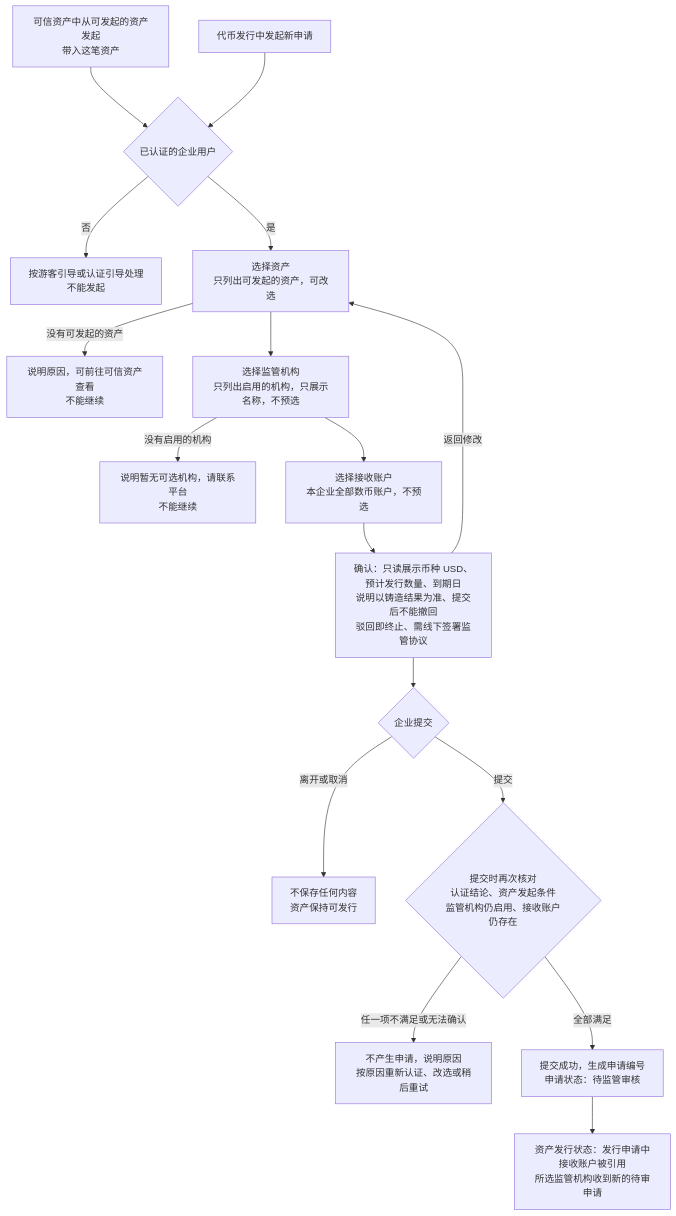
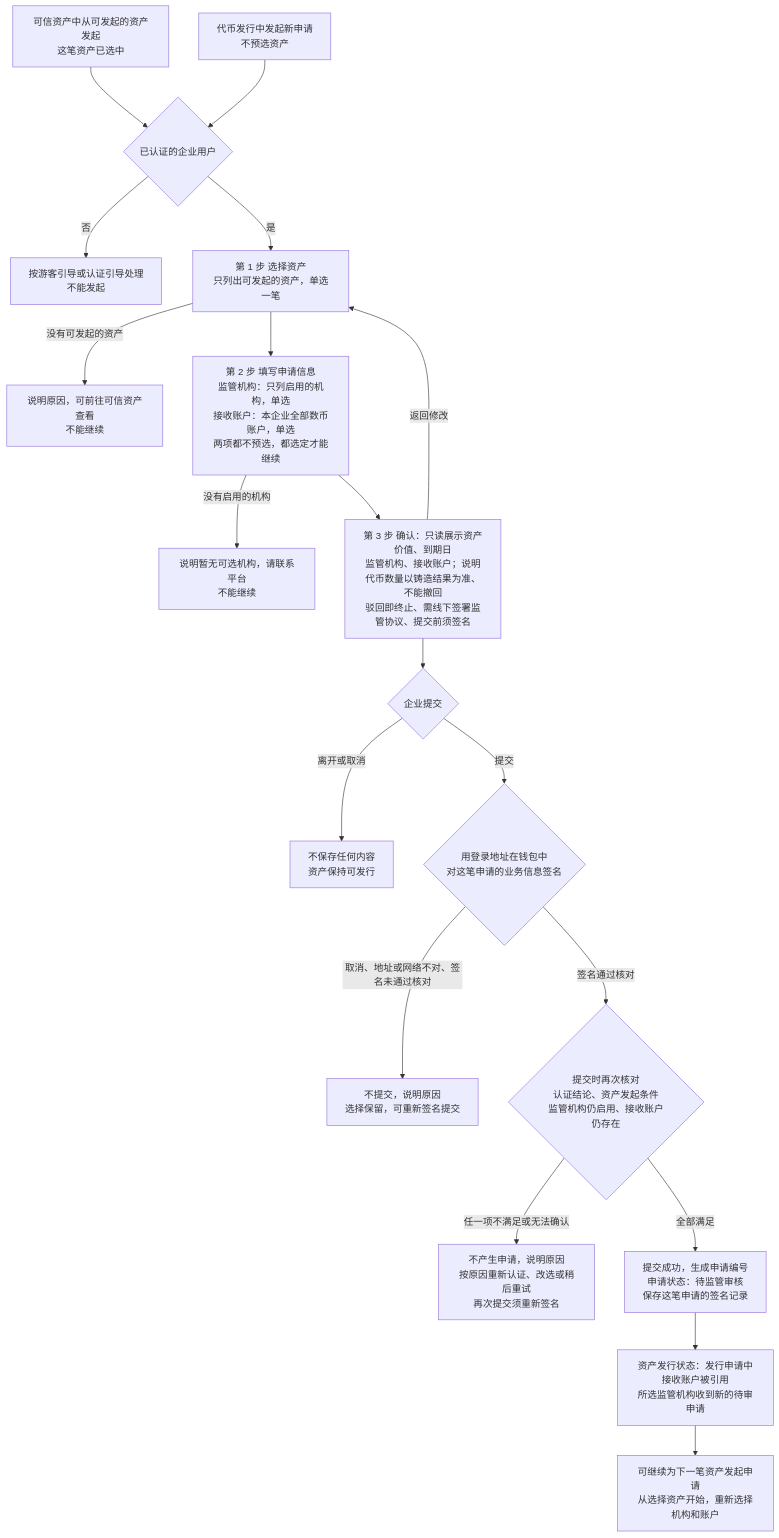
Before and after one commit to wxblockchain/Chain-Financing: the first of 3 diagrams in token-issuance-platform/PRD/面客端/M3a-代币发行-企业申请/02-代币发行-企业申请-流程图与状态机.md, drawn with Mermaid. The commit also changed other lines of this file and 3 other files, not shown here.

````diff
--- a/token-issuance-platform/PRD/面客端/M3a-代币发行-企业申请/02-代币发行-企业申请-流程图与状态机.md
+++ b/token-issuance-platform/PRD/面客端/M3a-代币发行-企业申请/02-代币发行-企业申请-流程图与状态机.md
@@ -16,20 +16,22 @@
 ```mermaid
 flowchart TD
-    A1[可信资产中从可发起的资产发起<br/>带入这笔资产] --> B
-    A2[代币发行中发起新申请] --> B
+    A1[可信资产中从可发起的资产发起<br/>这笔资产已选中] --> B
+    A2[代币发行中发起新申请<br/>不预选资产] --> B
     B{已认证的企业用户}
     B -->|否| B1[按游客引导或认证引导处理<br/>不能发起]
-    B -->|是| C[选择资产<br/>只列出可发起的资产，可改选]
+    B -->|是| C[第 1 步 选择资产<br/>只列出可发起的资产，单选一笔]
     C -->|没有可发起的资产| C1[说明原因，可前往可信资产查看<br/>不能继续]
-    C --> D[选择监管机构<br/>只列出启用的机构，只展示名称，不预选]
+    C --> D[第 2 步 填写申请信息<br/>监管机构：只列启用的机构，单选<br/>接收账户：本企业全部数币账户，单选<br/>两项都不预选，都选定才能继续]
     D -->|没有启用的机构| D1[说明暂无可选机构，请联系平台<br/>不能继续]
-    D --> E[选择接收账户<br/>本企业全部数币账户，不预选]
-    E --> F[确认：只读展示币种 USD、预计发行数量、到期日<br/>说明以铸造结果为准、提交后不能撤回<br/>驳回即终止、需线下签署监管协议]
+    D --> F[第 3 步 确认：只读展示资产价值、到期日<br/>监管机构、接收账户；说明代币数量以铸造结果为准、不能撤回<br/>驳回即终止、需线下签署监管协议、提交前须签名]
     F -->|返回修改| C
     F --> G{企业提交}
     G -->|离开或取消| G1[不保存任何内容<br/>资产保持可发行]
-    G -->|提交| H{提交时再次核对<br/>认证结论、资产发起条件<br/>监管机构仍启用、接收账户仍存在}
-    H -->|任一项不满足或无法确认| H1[不产生申请，说明原因<br/>按原因重新认证、改选或稍后重试]
-    H -->|全部满足| I[提交成功，生成申请编号<br/>申请状态：待监管审核]
+    G -->|提交| S{用登录地址在钱包中<br/>对这笔申请的业务信息签名}
+    S -->|取消、地址或网络不对、签名未通过核对| S1[不提交，说明原因<br/>选择保留，可重新签名提交]
+    S -->|签名通过核对| H{提交时再次核对<br/>认证结论、资产发起条件<br/>监管机构仍启用、接收账户仍存在}
+    H -->|任一项不满足或无法确认| H1[不产生申请，说明原因<br/>按原因重新认证、改选或稍后重试<br/>再次提交须重新签名]
+    H -->|全部满足| I[提交成功，生成申请编号<br/>申请状态：待监管审核<br/>保存这笔申请的签名记录]
     I --> J[资产发行状态：发行申请中<br/>接收账户被引用<br/>所选监管机构收到新的待审申请]
+    J --> K[可继续为下一笔资产发起申请<br/>从选择资产开始，重新选择机构和账户]
 ```
````
